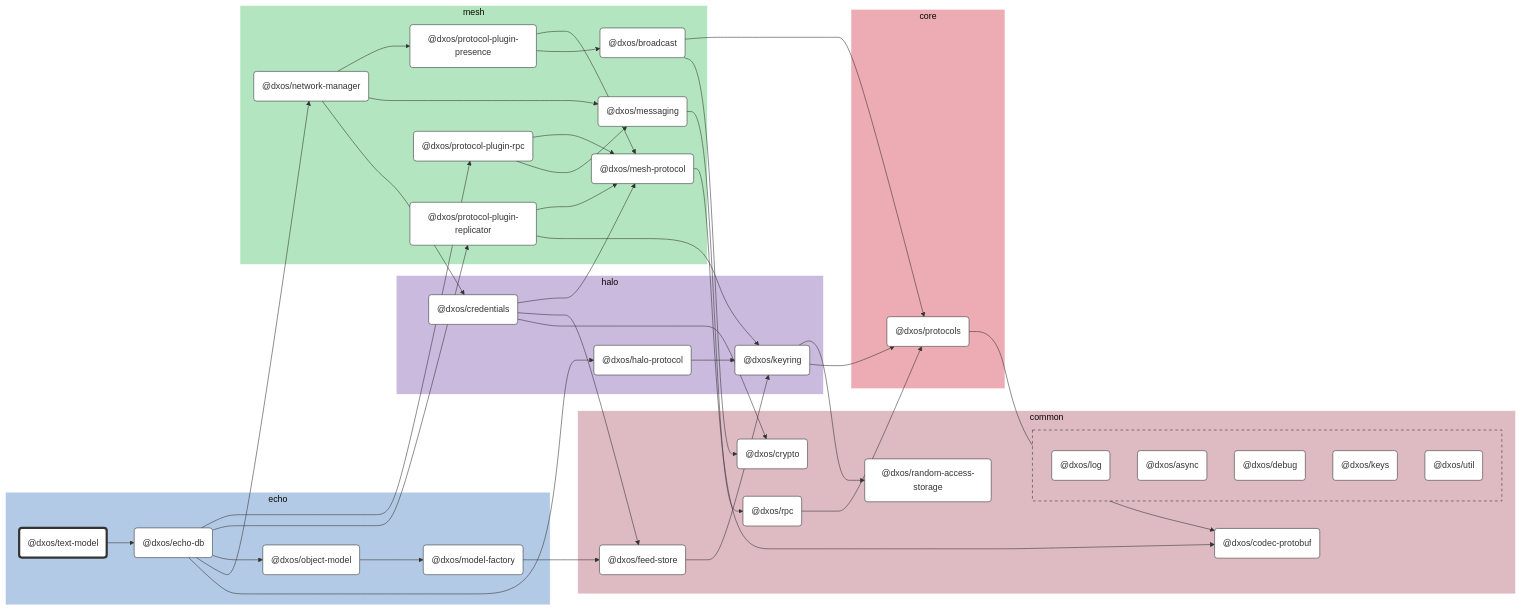
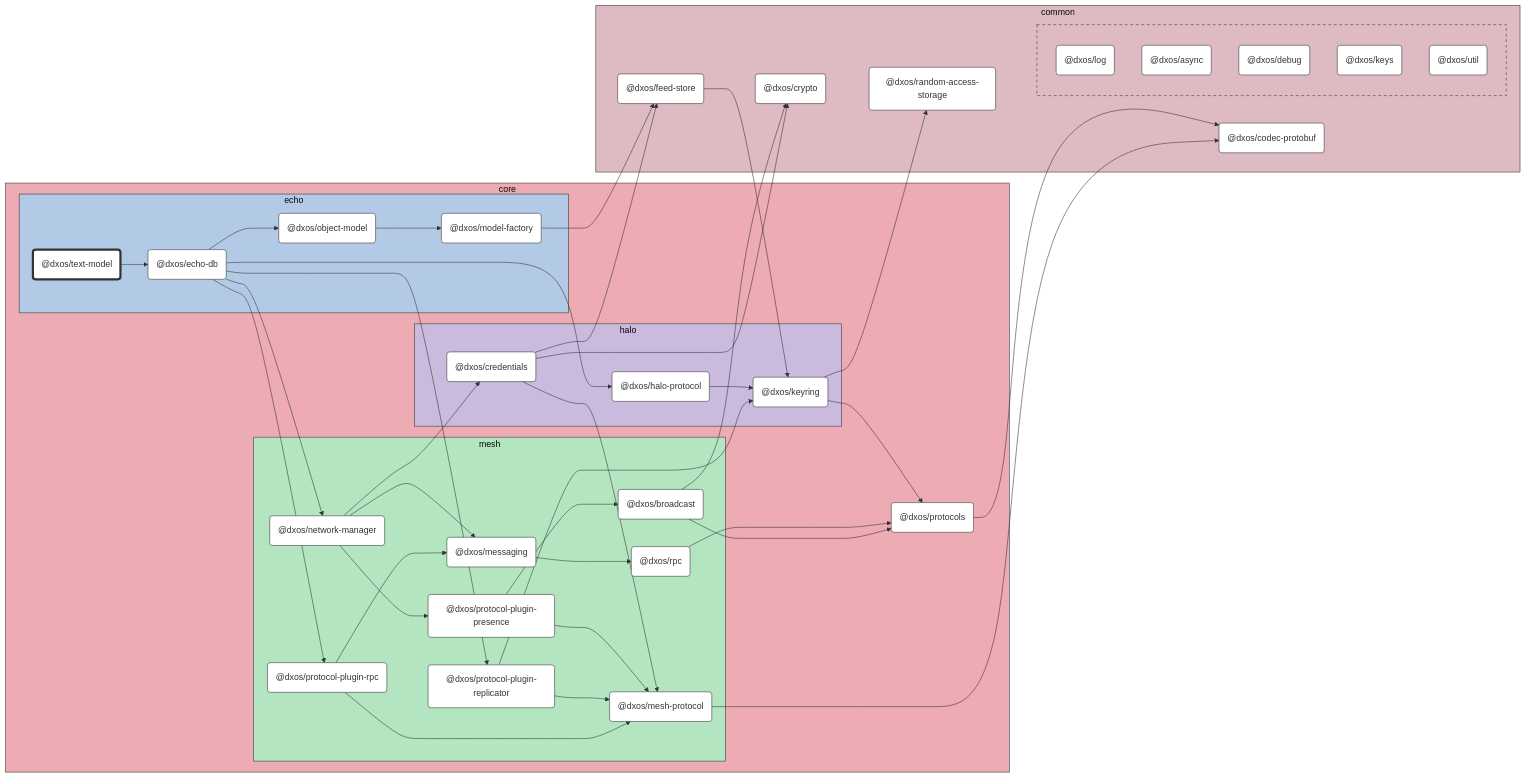
One commit to dxos/dxos changed the diagram in packages/core/echo/text-model/docs/README.md. Above: the diagram before and after it, drawn with Mermaid (base theme). The commit also changed other lines of this file and 89 other files, not shown here.

```diff
--- a/packages/core/echo/text-model/docs/README.md
+++ b/packages/core/echo/text-model/docs/README.md
@@ -15,20 +15,56 @@
 
 %% Nodes
 
-subgraph echo [echo]
-  style echo fill:#b3cae6,stroke:#fff
-  dxos/text-model("@dxos/text-model"):::root
-  click dxos/text-model "dxos/dxos/tree/main/packages/core/echo/text-model/docs"
-  dxos/echo-db("@dxos/echo-db"):::def
-  click dxos/echo-db "dxos/dxos/tree/main/packages/core/echo/echo-db/docs"
-  dxos/model-factory("@dxos/model-factory"):::def
-  click dxos/model-factory "dxos/dxos/tree/main/packages/core/echo/model-factory/docs"
-  dxos/object-model("@dxos/object-model"):::def
-  click dxos/object-model "dxos/dxos/tree/main/packages/core/echo/object-model/docs"
+subgraph core [core]
+  style core fill:#edabb3,stroke:#333
+  dxos/protocols("@dxos/protocols"):::def
+  click dxos/protocols "dxos/dxos/tree/main/packages/core/protocols/docs"
+
+  subgraph echo [echo]
+    style echo fill:#b3cae6,stroke:#333
+    dxos/text-model("@dxos/text-model"):::root
+    click dxos/text-model "dxos/dxos/tree/main/packages/core/echo/text-model/docs"
+    dxos/echo-db("@dxos/echo-db"):::def
+    click dxos/echo-db "dxos/dxos/tree/main/packages/core/echo/echo-db/docs"
+    dxos/model-factory("@dxos/model-factory"):::def
+    click dxos/model-factory "dxos/dxos/tree/main/packages/core/echo/model-factory/docs"
+    dxos/object-model("@dxos/object-model"):::def
+    click dxos/object-model "dxos/dxos/tree/main/packages/core/echo/object-model/docs"
+  end
+
+  subgraph halo [halo]
+    style halo fill:#cabade,stroke:#333
+    dxos/credentials("@dxos/credentials"):::def
+    click dxos/credentials "dxos/dxos/tree/main/packages/core/halo/credentials/docs"
+    dxos/keyring("@dxos/keyring"):::def
+    click dxos/keyring "dxos/dxos/tree/main/packages/core/halo/keyring/docs"
+    dxos/halo-protocol("@dxos/halo-protocol"):::def
+    click dxos/halo-protocol "dxos/dxos/tree/main/packages/core/halo/halo-protocol/docs"
+  end
+
+  subgraph mesh [mesh]
+    style mesh fill:#b3e6c0,stroke:#333
+    dxos/mesh-protocol("@dxos/mesh-protocol"):::def
+    click dxos/mesh-protocol "dxos/dxos/tree/main/packages/core/mesh/mesh-protocol/docs"
+    dxos/messaging("@dxos/messaging"):::def
+    click dxos/messaging "dxos/dxos/tree/main/packages/core/mesh/messaging/docs"
+    dxos/rpc("@dxos/rpc"):::def
+    click dxos/rpc "dxos/dxos/tree/main/packages/core/mesh/rpc/docs"
+    dxos/network-manager("@dxos/network-manager"):::def
+    click dxos/network-manager "dxos/dxos/tree/main/packages/core/mesh/network-manager/docs"
+    dxos/protocol-plugin-presence("@dxos/protocol-plugin-presence"):::def
+    click dxos/protocol-plugin-presence "dxos/dxos/tree/main/packages/core/mesh/protocol-plugin-presence/docs"
+    dxos/broadcast("@dxos/broadcast"):::def
+    click dxos/broadcast "dxos/dxos/tree/main/packages/core/mesh/broadcast/docs"
+    dxos/protocol-plugin-replicator("@dxos/protocol-plugin-replicator"):::def
+    click dxos/protocol-plugin-replicator "dxos/dxos/tree/main/packages/core/mesh/protocol-plugin-replicator/docs"
+    dxos/protocol-plugin-rpc("@dxos/protocol-plugin-rpc"):::def
+    click dxos/protocol-plugin-rpc "dxos/dxos/tree/main/packages/core/mesh/protocol-plugin-rpc/docs"
+  end
 end
 
 subgraph common [common]
-  style common fill:#debac2,stroke:#fff
+  style common fill:#debac2,stroke:#333
   dxos/codec-protobuf("@dxos/codec-protobuf"):::def
   click dxos/codec-protobuf "dxos/dxos/tree/main/packages/common/codec-protobuf/docs"
   dxos/crypto("@dxos/crypto"):::def
@@ -37,11 +73,9 @@
   click dxos/feed-store "dxos/dxos/tree/main/packages/common/feed-store/docs"
   dxos/random-access-storage("@dxos/random-access-storage"):::def
   click dxos/random-access-storage "dxos/dxos/tree/main/packages/common/random-access-storage/docs"
-  dxos/rpc("@dxos/rpc"):::def
-  click dxos/rpc "dxos/dxos/tree/main/packages/core/mesh/rpc/docs"
 
-  subgraph common-excluded [ ]
-    style common-excluded fill:#debac2,stroke:#333,stroke-dasharray:5 5
+  subgraph _ [ ]
+    style _ fill:#debac2,stroke:#333,stroke-dasharray:5 5
     dxos/log("@dxos/log"):::def
     click dxos/log "dxos/dxos/tree/main/packages/common/log/docs"
     dxos/async("@dxos/async"):::def
@@ -53,40 +87,6 @@
     dxos/util("@dxos/util"):::def
     click dxos/util "dxos/dxos/tree/main/packages/common/util/docs"
   end
-end
-
-subgraph halo [halo]
-  style halo fill:#cabade,stroke:#fff
-  dxos/credentials("@dxos/credentials"):::def
-  click dxos/credentials "dxos/dxos/tree/main/packages/core/halo/credentials/docs"
-  dxos/keyring("@dxos/keyring"):::def
-  click dxos/keyring "dxos/dxos/tree/main/packages/core/halo/keyring/docs"
-  dxos/halo-protocol("@dxos/halo-protocol"):::def
-  click dxos/halo-protocol "dxos/dxos/tree/main/packages/core/halo/halo-protocol/docs"
-end
-
-subgraph core [core]
-  style core fill:#edabb3,stroke:#fff
-  dxos/protocols("@dxos/protocols"):::def
-  click dxos/protocols "dxos/dxos/tree/main/packages/core/protocols/docs"
-end
-
-subgraph mesh [mesh]
-  style mesh fill:#b3e6c0,stroke:#fff
-  dxos/mesh-protocol("@dxos/mesh-protocol"):::def
-  click dxos/mesh-protocol "dxos/dxos/tree/main/packages/core/mesh/mesh-protocol/docs"
-  dxos/messaging("@dxos/messaging"):::def
-  click dxos/messaging "dxos/dxos/tree/main/packages/core/mesh/messaging/docs"
-  dxos/network-manager("@dxos/network-manager"):::def
-  click dxos/network-manager "dxos/dxos/tree/main/packages/core/mesh/network-manager/docs"
-  dxos/protocol-plugin-presence("@dxos/protocol-plugin-presence"):::def
-  click dxos/protocol-plugin-presence "dxos/dxos/tree/main/packages/core/mesh/protocol-plugin-presence/docs"
-  dxos/broadcast("@dxos/broadcast"):::def
-  click dxos/broadcast "dxos/dxos/tree/main/packages/core/mesh/broadcast/docs"
-  dxos/protocol-plugin-replicator("@dxos/protocol-plugin-replicator"):::def
-  click dxos/protocol-plugin-replicator "dxos/dxos/tree/main/packages/core/mesh/protocol-plugin-replicator/docs"
-  dxos/protocol-plugin-rpc("@dxos/protocol-plugin-rpc"):::def
-  click dxos/protocol-plugin-rpc "dxos/dxos/tree/main/packages/core/mesh/protocol-plugin-rpc/docs"
 end
 
 %% Links
```
